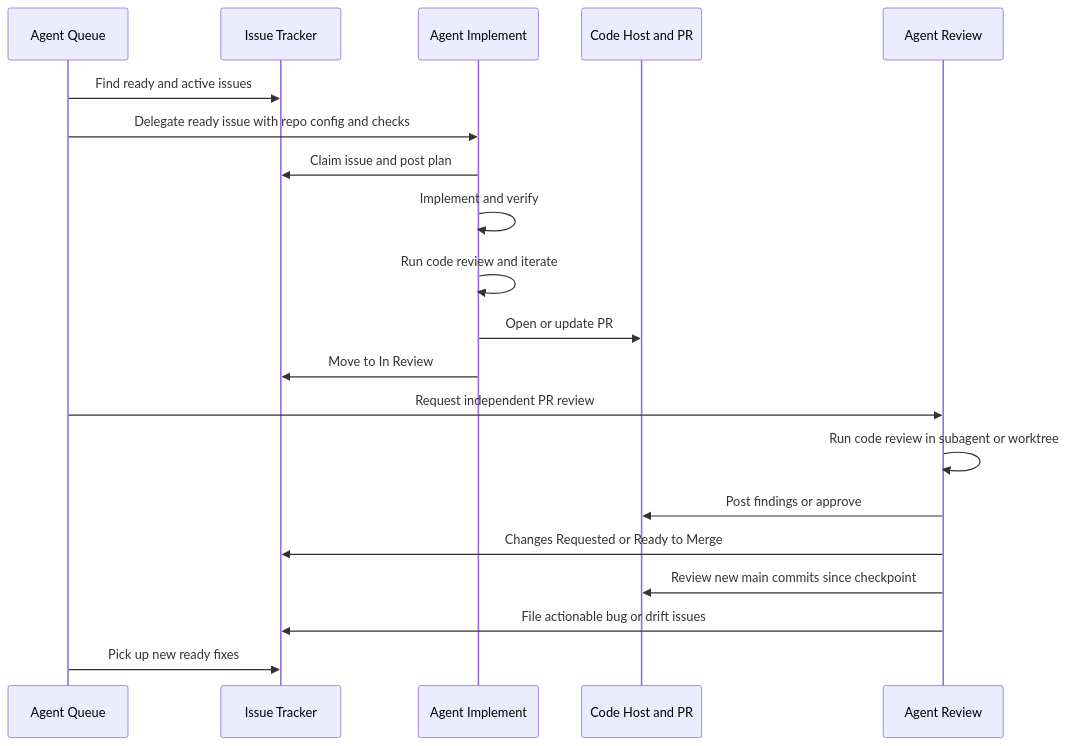
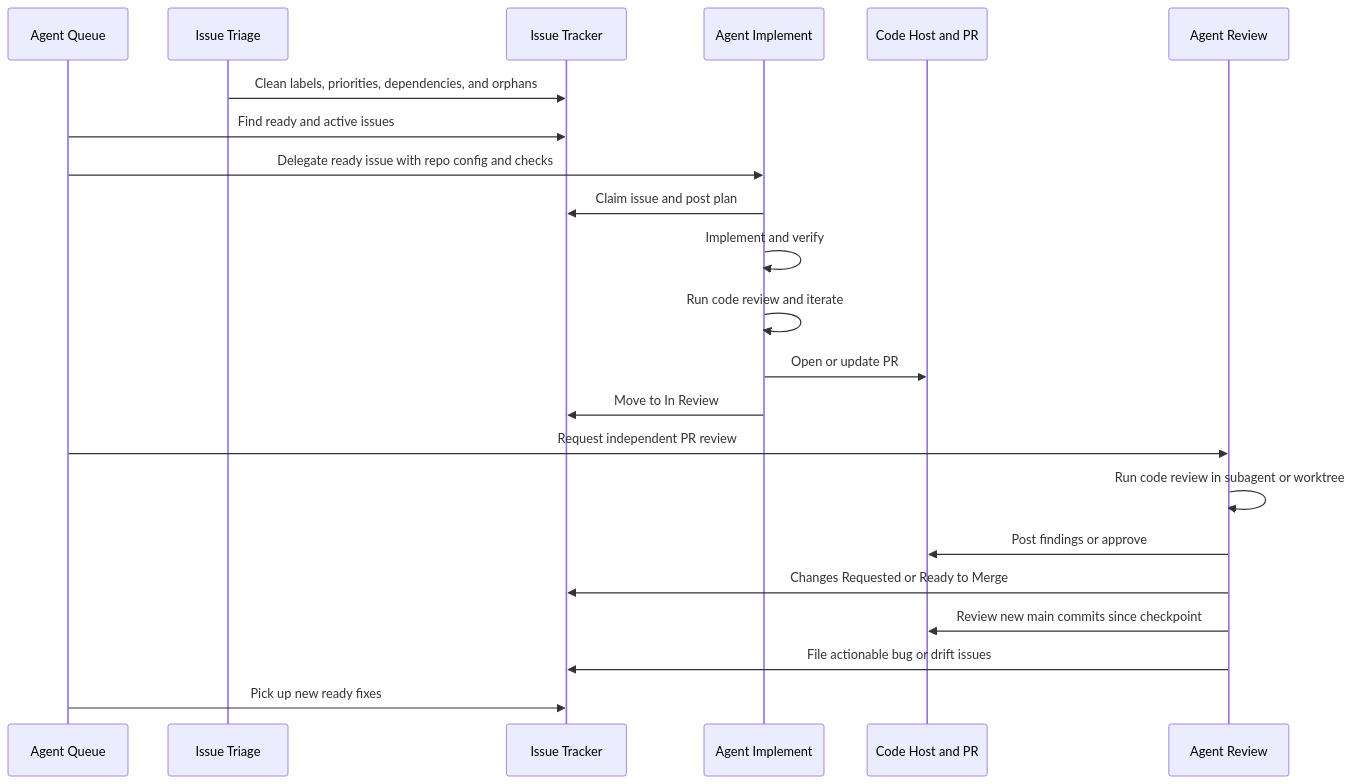
One commit to zaks-io/skills changed the second of 2 diagrams in README.md. Above: the diagram before and after it, drawn with Mermaid. The commit also changed other lines of this file and 8 other files, not shown here.

Commit message:
feat: add issue tracker triage skill

````diff
--- a/README.md
+++ b/README.md
@@ -102,23 +110,25 @@
 ```mermaid
 sequenceDiagram
   participant Q as Agent Queue
+  participant I as Issue Triage
   participant T as Issue Tracker
   participant W as Agent Implement
   participant G as Code Host and PR
   participant M as Agent Review
 
+  I->>T: Clean labels, priorities, dependencies, and orphans
   Q->>T: Find ready and active issues
   Q->>W: Delegate ready issue with repo config and checks
   W->>T: Claim issue and post plan
   W->>W: Implement and verify
   W->>W: Run code review and iterate
   W->>G: Open or update PR
   W->>T: Move to In Review
   Q->>M: Request independent PR review
   M->>M: Run code review in subagent or worktree
   M->>G: Post findings or approve
   M->>T: Changes Requested or Ready to Merge
   M->>G: Review new main commits since checkpoint
   M->>T: File actionable bug or drift issues
   Q->>T: Pick up new ready fixes
 ```
````
